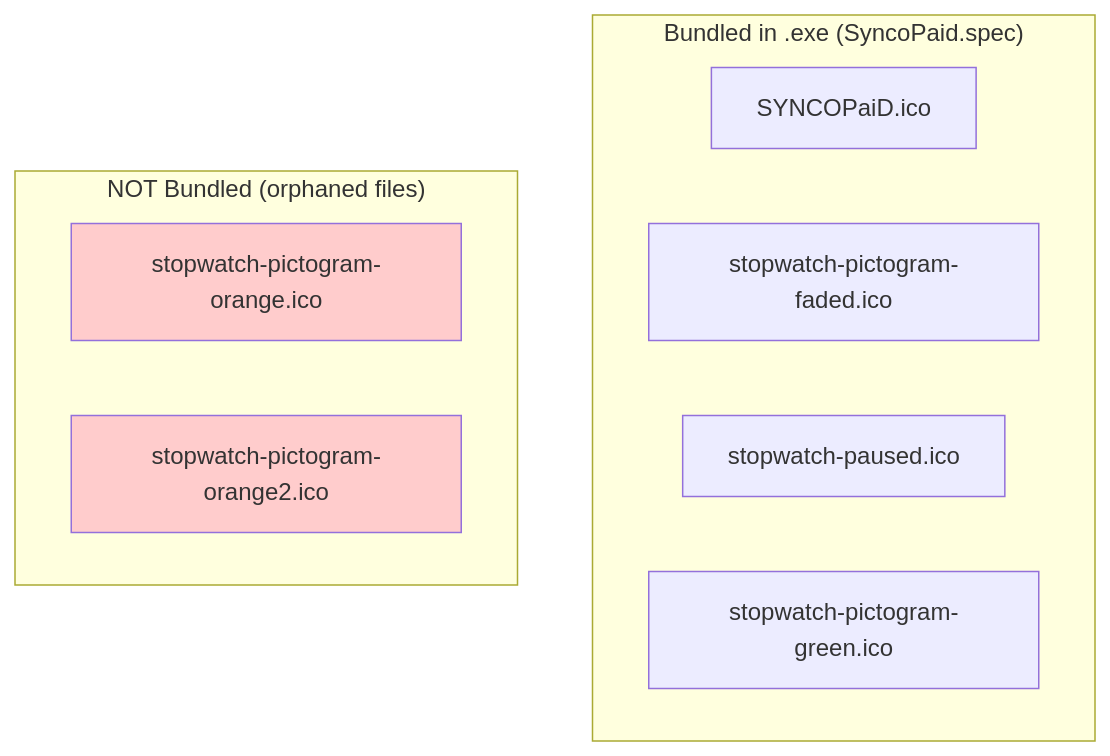
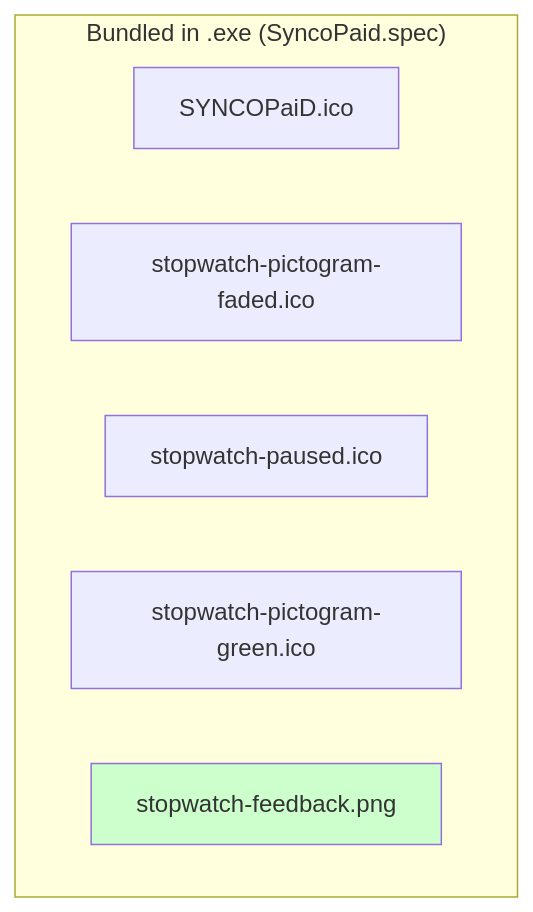
One commit to Mharbulous/SyncoPaid changed the third of 3 diagrams in ai_docs/FailedFixes/icon-usage-analysis.md. Above: the diagram before and after it, drawn with Mermaid. The commit also changed other lines of this file and 5 other files, not shown here.

First line of the commit message:
fix: use pre-generated PNG for feedback icon instead of runtime recoloring

````diff
--- a/ai_docs/FailedFixes/icon-usage-analysis.md
+++ b/ai_docs/FailedFixes/icon-usage-analysis.md
@@ -93,17 +72,12 @@
 ```mermaid
 flowchart TD
     subgraph Bundled["Bundled in .exe (SyncoPaid.spec)"]
         B1["SYNCOPaiD.ico"]
         B2["stopwatch-pictogram-faded.ico"]
         B3["stopwatch-paused.ico"]
         B4["stopwatch-pictogram-green.ico"]
+        B5["stopwatch-feedback.png"]
     end
 
-    subgraph NotBundled["NOT Bundled (orphaned files)"]
-        N1["stopwatch-pictogram-orange.ico"]
-        N2["stopwatch-pictogram-orange2.ico"]
-    end
-
-    style N1 fill:#ffcccc
-    style N2 fill:#ffcccc
+    style B5 fill:#ccffcc
 ```
````
